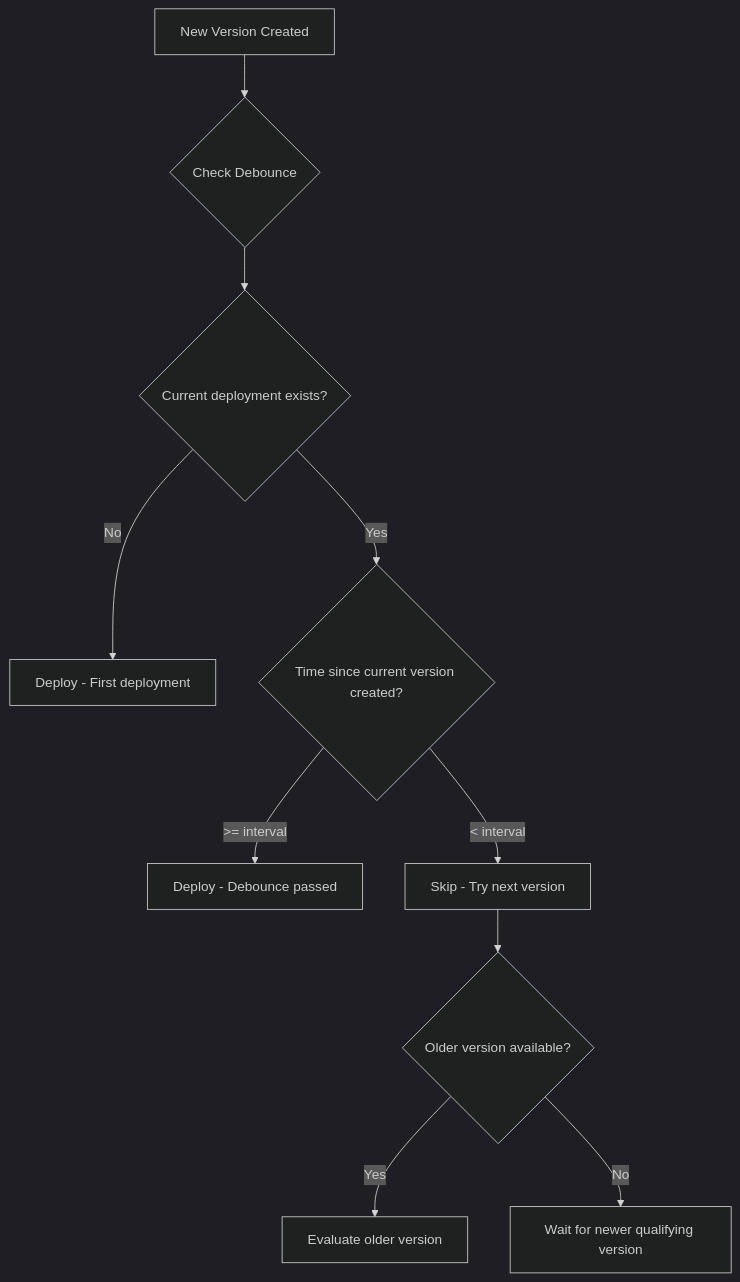
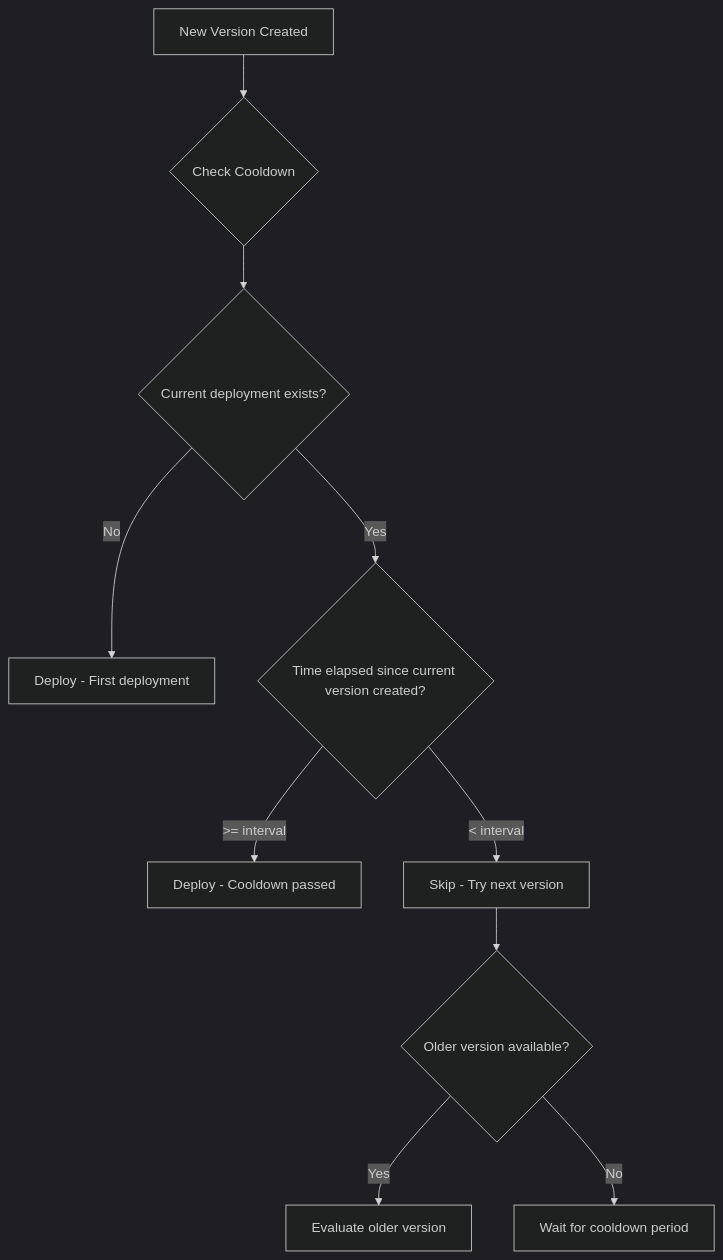
The diagram in docs/policies/version-cooldown.mdx (ctrlplanedev/ctrlplane), drawn with Mermaid (dark theme) before and after one commit. The commit also changed other lines of this file and 8 other files, not shown here.

Commit message:
refactor: rename version debounce to version cooldown across schemas, tests, and documentation; update related references and descriptions

````diff
--- a/docs/policies/version-cooldown.mdx
+++ b/docs/policies/version-cooldown.mdx
@@ -15,12 +16,12 @@
 ```mermaid
 flowchart TD
-    A[New Version Created] --> B{Check Debounce}
+    A[New Version Created] --> B{Check Cooldown}
     B --> C{Current deployment exists?}
     C -->|No| D[Deploy - First deployment]
-    C -->|Yes| E{Time since current version created?}
-    E -->|>= interval| F[Deploy - Debounce passed]
+    C -->|Yes| E{Time elapsed since current version created?}
+    E -->|>= interval| F[Deploy - Cooldown passed]
     E -->|< interval| G[Skip - Try next version]
     G --> H{Older version available?}
     H -->|Yes| I[Evaluate older version]
-    H -->|No| J[Wait for newer qualifying version]
+    H -->|No| J[Wait for cooldown period]
 ```
````
